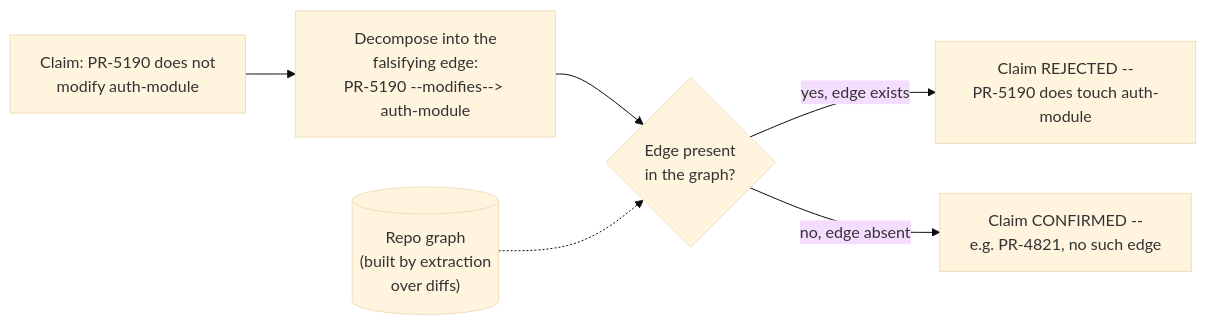
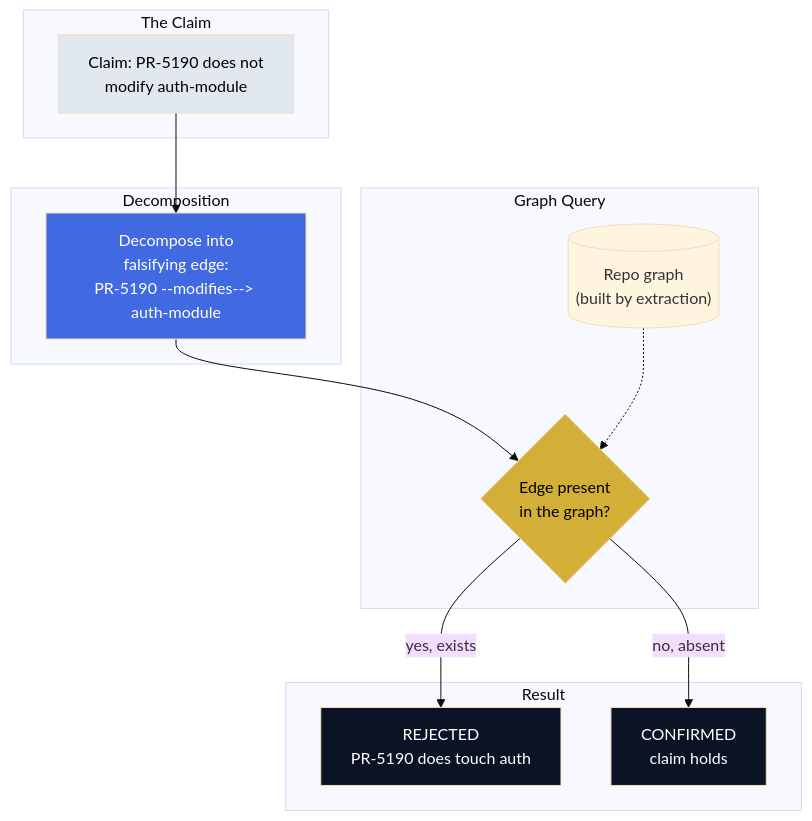
Before and after one commit to ayeshakhalid192007-dev/graph-engineering-crash-course: the diagram in docs/06-part-4-working-from-the-graph/step-10-the-grounded-checker.md, drawn with Mermaid (base theme). The commit also changed 17 other files, not shown here.

First line of the commit message:
Add Mermaid diagrams to core documentation files

````diff
--- a/docs/06-part-4-working-from-the-graph/step-10-the-grounded-checker.md
+++ b/docs/06-part-4-working-from-the-graph/step-10-the-grounded-checker.md
@@ -45,8 +45,27 @@
 ```mermaid
-flowchart LR
-    Claim["Claim: PR-5190 does not<br/>modify auth-module"] --> Decomp["Decompose into the<br/>falsifying edge:<br/>PR-5190 --modifies--> auth-module"]
-    Decomp --> Query{"Edge present<br/>in the graph?"}
-    Graph[("Repo graph<br/>(built by extraction<br/>over diffs)")] -.-> Query
-    Query -- "yes, edge exists" --> Reject["Claim REJECTED --<br/>PR-5190 does touch auth-module"]
-    Query -- "no, edge absent" --> Confirm["Claim CONFIRMED --<br/>e.g. PR-4821, no such edge"]
+flowchart TB
+    subgraph "The Claim"
+        Claim["Claim: PR-5190 does not<br/>modify auth-module"]
+    end
+
+    subgraph "Decomposition"
+        Claim --> Decomp["Decompose into<br/>falsifying edge:<br/>PR-5190 --modifies--> auth-module"]
+    end
+
+    subgraph "Graph Query"
+        Decomp --> Query{"Edge present<br/>in the graph?"}
+        Graph[("Repo graph<br/>(built by extraction)")]
+        Graph -.-> Query
+    end
+
+    subgraph "Result"
+        Query -- "yes, exists" --> Reject["REJECTED<br/>PR-5190 does touch auth"]
+        Query -- "no, absent" --> Confirm["CONFIRMED<br/>claim holds"]
+    end
+
+    style Claim fill:#E2E8F0,color:#000000
+    style Decomp fill:#4169E1,color:#FFFFFF
+    style Query fill:#D4AF37,color:#000000
+    style Reject fill:#0B1325,color:#FFFFFF
+    style Confirm fill:#0B1325,color:#FFFFFF
 ```
````
